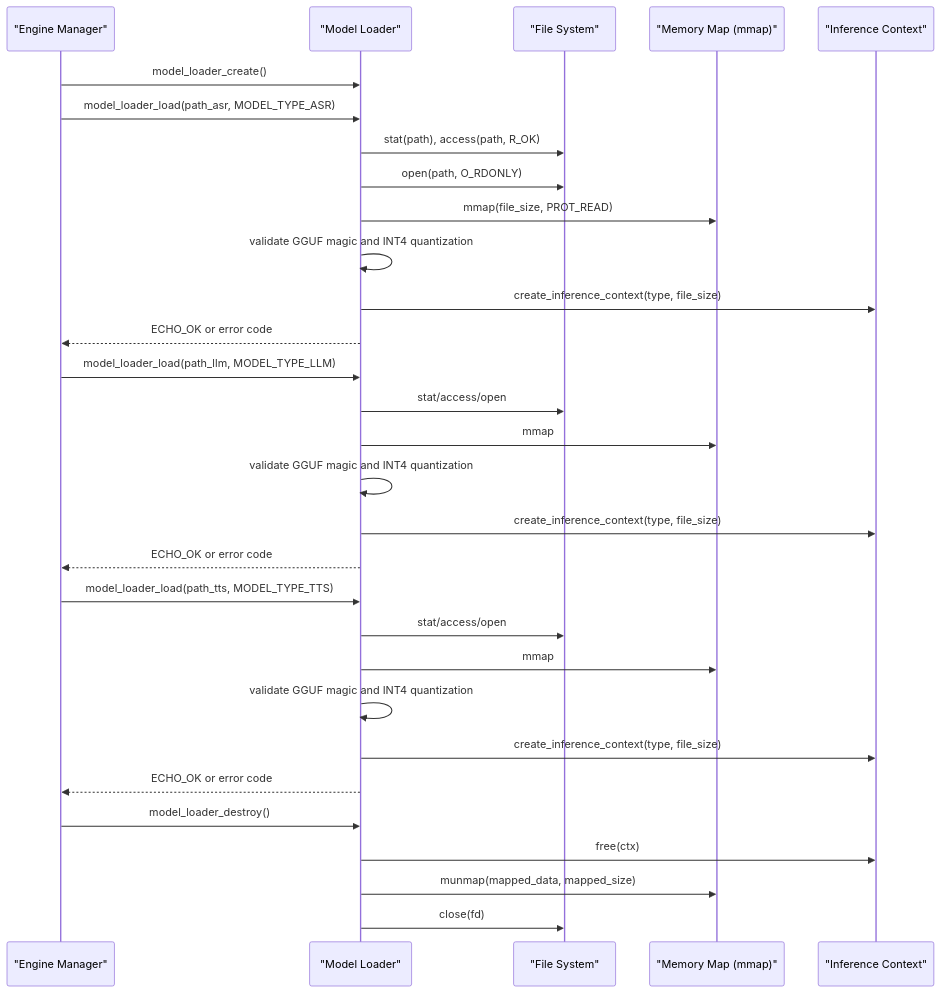
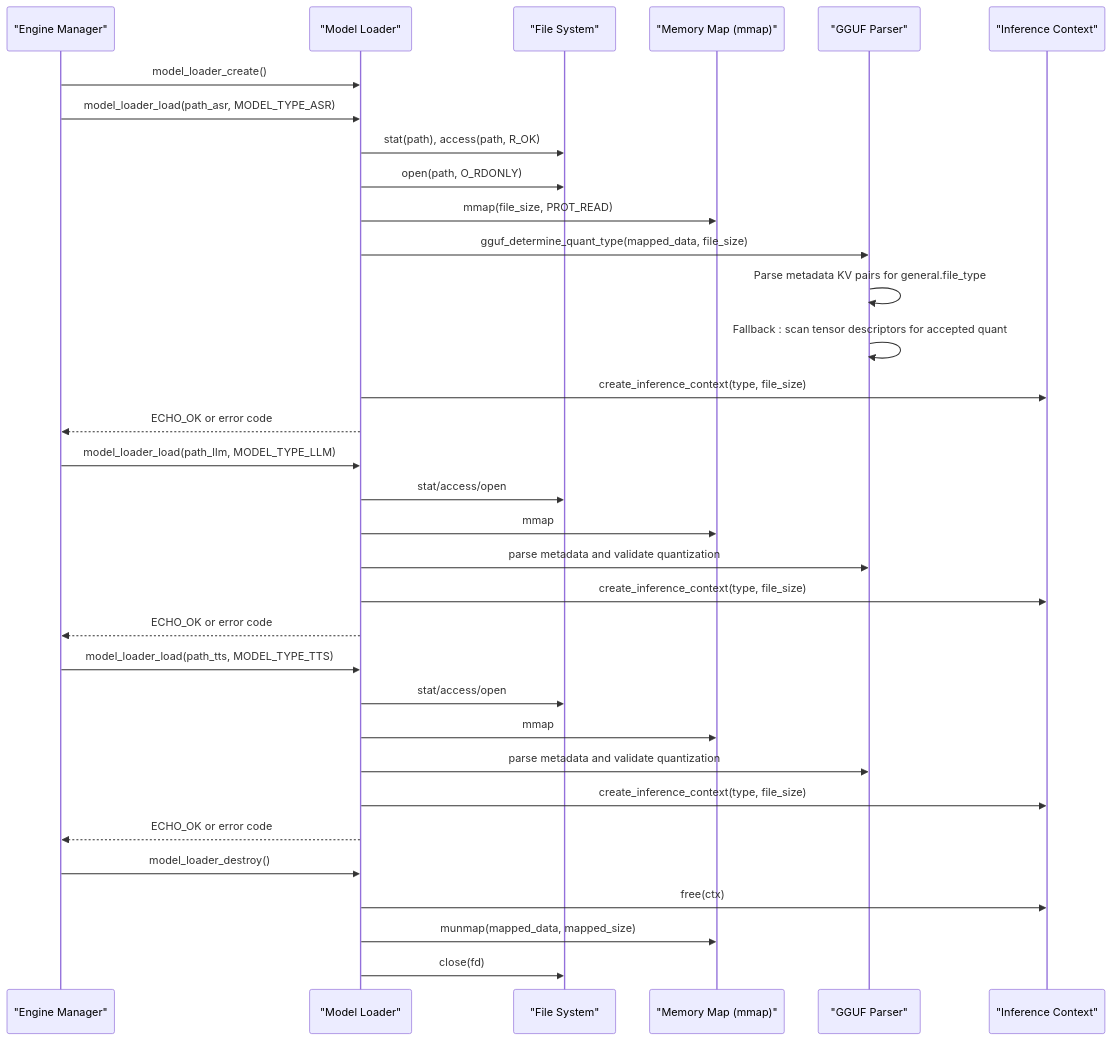
Before and after one commit to iMyth/QwenEcho: the second of 10 diagrams in .qoder/repowiki/en/content/Model Management System/Model Loader Core.md, drawn with Mermaid. The commit also changed other lines of this file and 129 other files, not shown here.

````diff
--- a/.qoder/repowiki/en/content/Model Management System/Model Loader Core.md
+++ b/.qoder/repowiki/en/content/Model Management System/Model Loader Core.md
@@ -76,32 +87,35 @@
 ```mermaid
 sequenceDiagram
 participant EM as "Engine Manager"
 participant ML as "Model Loader"
 participant FS as "File System"
 participant MM as "Memory Map (mmap)"
+participant GP as "GGUF Parser"
 participant IC as "Inference Context"
 EM->>ML : model_loader_create()
 EM->>ML : model_loader_load(path_asr, MODEL_TYPE_ASR)
 ML->>FS : stat(path), access(path, R_OK)
 ML->>FS : open(path, O_RDONLY)
 ML->>MM : mmap(file_size, PROT_READ)
-ML->>ML : validate GGUF magic and INT4 quantization
+ML->>GP : gguf_determine_quant_type(mapped_data, file_size)
+GP->>GP : Parse metadata KV pairs for general.file_type
+GP->>GP : Fallback : scan tensor descriptors for accepted quant
 ML->>IC : create_inference_context(type, file_size)
 ML-->>EM : ECHO_OK or error code
 EM->>ML : model_loader_load(path_llm, MODEL_TYPE_LLM)
 ML->>FS : stat/access/open
 ML->>MM : mmap
-ML->>ML : validate GGUF magic and INT4 quantization
+ML->>GP : parse metadata and validate quantization
 ML->>IC : create_inference_context(type, file_size)
 ML-->>EM : ECHO_OK or error code
 EM->>ML : model_loader_load(path_tts, MODEL_TYPE_TTS)
 ML->>FS : stat/access/open
 ML->>MM : mmap
-ML->>ML : validate GGUF magic and INT4 quantization
+ML->>GP : parse metadata and validate quantization
 ML->>IC : create_inference_context(type, file_size)
 ML-->>EM : ECHO_OK or error code
 EM->>ML : model_loader_destroy()
 ML->>IC : free(ctx)
 ML->>MM : munmap(mapped_data, mapped_size)
 ML->>FS : close(fd)
 ```
````
